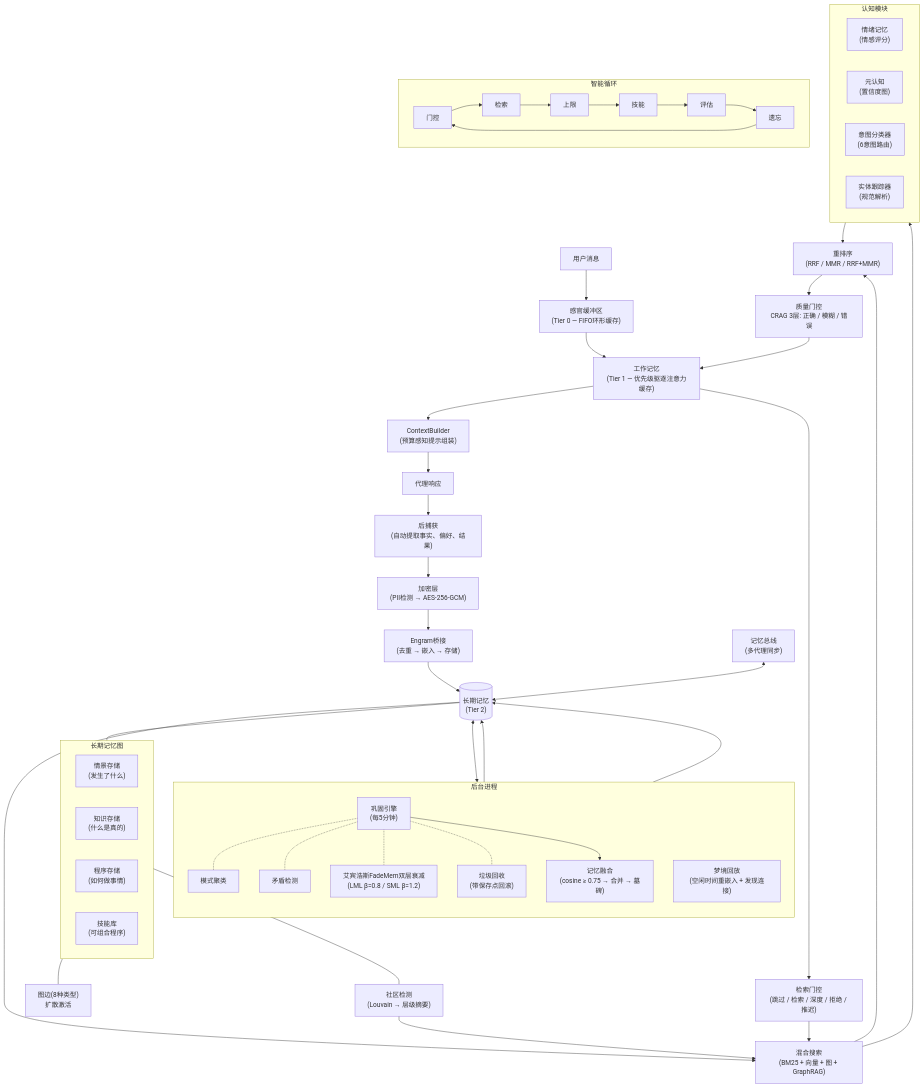
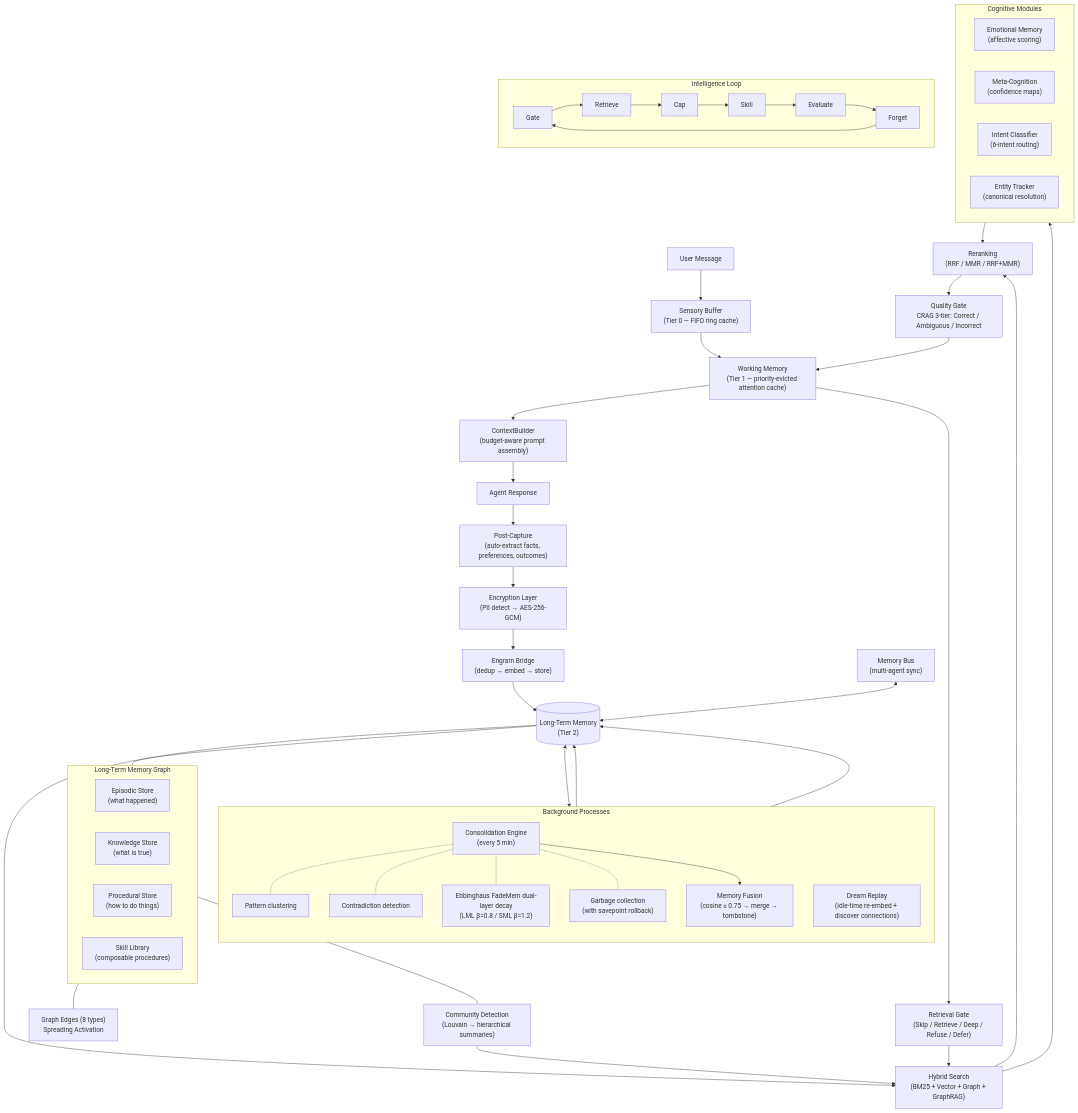
The first of 21 diagrams in docs/research/engram.md (WeiLinCool/openpawz), drawn with Mermaid before and after one commit. The commit also changed other lines of this file and 7 other files, not shown here.

````diff
--- a/docs/research/engram.md
+++ b/docs/research/engram.md
@@ -94,77 +94,77 @@
 ```mermaid
 flowchart TD
-    A["用户消息"] --> SB["感官缓冲区\n(Tier 0 — FIFO环形缓存)"]
-    SB --> WM["工作记忆\n(Tier 1 — 优先级驱逐注意力缓存)"]
+    A["User Message"] --> SB["Sensory Buffer\n(Tier 0 — FIFO ring cache)"]
+    SB --> WM["Working Memory\n(Tier 1 — priority-evicted attention cache)"]
 
-    WM --> CTX["ContextBuilder\n(预算感知提示组装)"]
-    CTX --> E["代理响应"]
+    WM --> CTX["ContextBuilder\n(budget-aware prompt assembly)"]
+    CTX --> E["Agent Response"]
 
-    E --> CAP["后捕获\n(自动提取事实、偏好、结果)"]
-    CAP --> ENC["加密层\n(PII检测 → AES-256-GCM)"]
-    ENC --> BR["Engram桥接\n(去重 → 嵌入 → 存储)"]
-    BR --> DB[("长期记忆\n(Tier 2)")]
+    E --> CAP["Post-Capture\n(auto-extract facts, preferences, outcomes)"]
+    CAP --> ENC["Encryption Layer\n(PII detect → AES-256-GCM)"]
+    ENC --> BR["Engram Bridge\n(dedup → embed → store)"]
+    BR --> DB[("Long-Term Memory\n(Tier 2)")]
 
-    subgraph LTM["长期记忆图"]
+    subgraph LTM["Long-Term Memory Graph"]
         direction LR
-        G["情景存储\n(发生了什么)"]
-        H["知识存储\n(什么是真的)"]
-        I["程序存储\n(如何做事情)"]
-        SK["技能库\n(可组合程序)"]
+        G["Episodic Store\n(what happened)"]
+        H["Knowledge Store\n(what is true)"]
+        I["Procedural Store\n(how to do things)"]
+        SK["Skill Library\n(composable procedures)"]
     end
 
     DB --- LTM
-    LTM --- J["图边(8种类型)\n扩散激活"]
-    LTM --- COMM["社区检测\n(Louvain → 层级摘要)"]
+    LTM --- J["Graph Edges (8 types)\nSpreading Activation"]
+    LTM --- COMM["Community Detection\n(Louvain → hierarchical summaries)"]
 
-    WM --> RG["检索门控\n(跳过 / 检索 / 深度 / 拒绝 / 推迟)"]
-    RG --> HS["混合搜索\n(BM25 + 向量 + 图 + GraphRAG)"]
-    HS --> RR["重排序\n(RRF / MMR / RRF+MMR)"]
-    RR --> QG["质量门控\nCRAG 3层: 正确 / 模糊 / 错误"]
+    WM --> RG["Retrieval Gate\n(Skip / Retrieve / Deep / Refuse / Defer)"]
+    RG --> HS["Hybrid Search\n(BM25 + Vector + Graph + GraphRAG)"]
+    HS --> RR["Reranking\n(RRF / MMR / RRF+MMR)"]
+    RR --> QG["Quality Gate\nCRAG 3-tier: Correct / Ambiguous / Incorrect"]
     QG --> WM
 
     DB --> HS
     COMM --> HS
 
-    subgraph Background["后台进程"]
+    subgraph Background["Background Processes"]
         direction TB
-        K["巩固引擎\n(每5分钟)"]
-        K1["模式聚类"]
-        K2["矛盾检测"]
-        K3["艾宾浩斯FadeMem双层衰减\n(LML β=0.8 / SML β=1.2)"]
-        K4["垃圾回收\n(带保存点回滚)"]
-        FUS["记忆融合\n(cosine ≥ 0.75 → 合并 → 墓碑)"]
-        DR["梦境回放\n(空闲时间重嵌入 + 发现连接)"]
+        K["Consolidation Engine\n(every 5 min)"]
+        K1["Pattern clustering"]
+        K2["Contradiction detection"]
+        K3["Ebbinghaus FadeMem dual-layer decay\n(LML β=0.8 / SML β=1.2)"]
+        K4["Garbage collection\n(with savepoint rollback)"]
+        FUS["Memory Fusion\n(cosine ≥ 0.75 → merge → tombstone)"]
+        DR["Dream Replay\n(idle-time re-embed + discover connections)"]
     end
 
     DB <--> K
     K -.- K1
     K -.- K2
     K -.- K3
     K -.- K4
     K --> FUS
     FUS --> DB
     DR --> DB
 
-    subgraph Cognition["认知模块"]
+    subgraph Cognition["Cognitive Modules"]
         direction LR
-        EM["情绪记忆\n(情感评分)"]
-        MC["元认知\n(置信度图)"]
-        IC["意图分类器\n(6意图路由)"]
-        ET["实体跟踪器\n(规范解析)"]
+        EM["Emotional Memory\n(affective scoring)"]
+        MC["Meta-Cognition\n(confidence maps)"]
+        IC["Intent Classifier\n(6-intent routing)"]
+        ET["Entity Tracker\n(canonical resolution)"]
     end
 
     HS --> Cognition
     Cognition --> RR
 
-    MB["记忆总线\n(多代理同步)"] <--> DB
+    MB["Memory Bus\n(multi-agent sync)"] <--> DB
 
-    subgraph Loop["智能循环"]
+    subgraph Loop["Intelligence Loop"]
         direction LR
-        L1["门控"] --> L2["检索"]
-        L2 --> L3["上限"]
-        L3 --> L4["技能"]
-        L4 --> L5["评估"]
-        L5 --> L6["遗忘"]
+        L1["Gate"] --> L2["Retrieve"]
+        L2 --> L3["Cap"]
+        L3 --> L4["Skill"]
+        L4 --> L5["Evaluate"]
+        L5 --> L6["Forget"]
         L6 --> L1
     end
 ```
````
